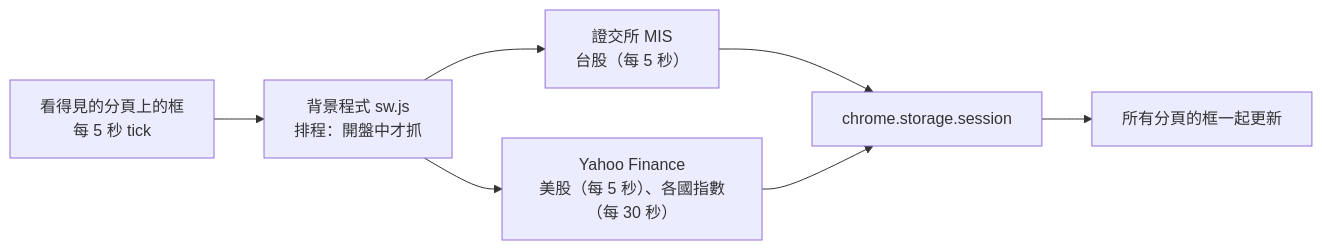
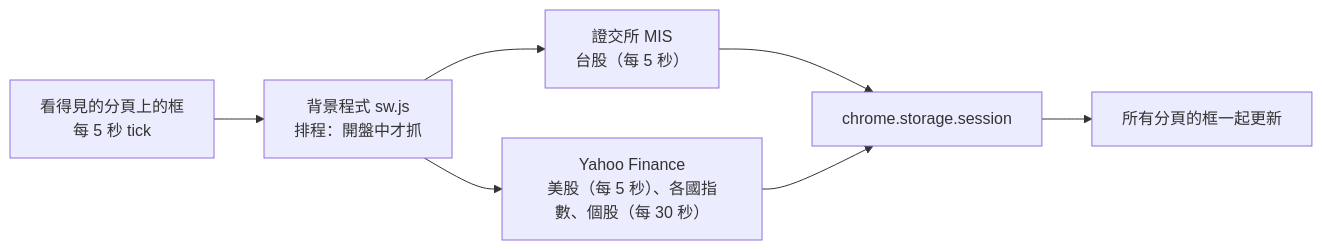
One commit to Ashur5457/PeekaStock changed the diagram in README.md. Above: the diagram before and after it, drawn with Mermaid. The commit also changed other lines of this file and 18 other files, not shown here.

````diff
--- a/README.md
+++ b/README.md
@@ -62,9 +65,9 @@
 ```mermaid
 flowchart LR
   BOX["看得見的分頁上的框<br/>每 5 秒 tick"] --> SW["背景程式 sw.js<br/>排程：開盤中才抓"]
   SW --> MIS["證交所 MIS<br/>台股（每 5 秒）"]
-  SW --> YF["Yahoo Finance<br/>美股（每 5 秒）、各國指數（每 30 秒）"]
+  SW --> YF["Yahoo Finance<br/>美股（每 5 秒）、各國指數、個股（每 30 秒）"]
   MIS --> ST["chrome.storage.session"]
   YF --> ST
   ST --> ALL["所有分頁的框一起更新"]
 ```
````
